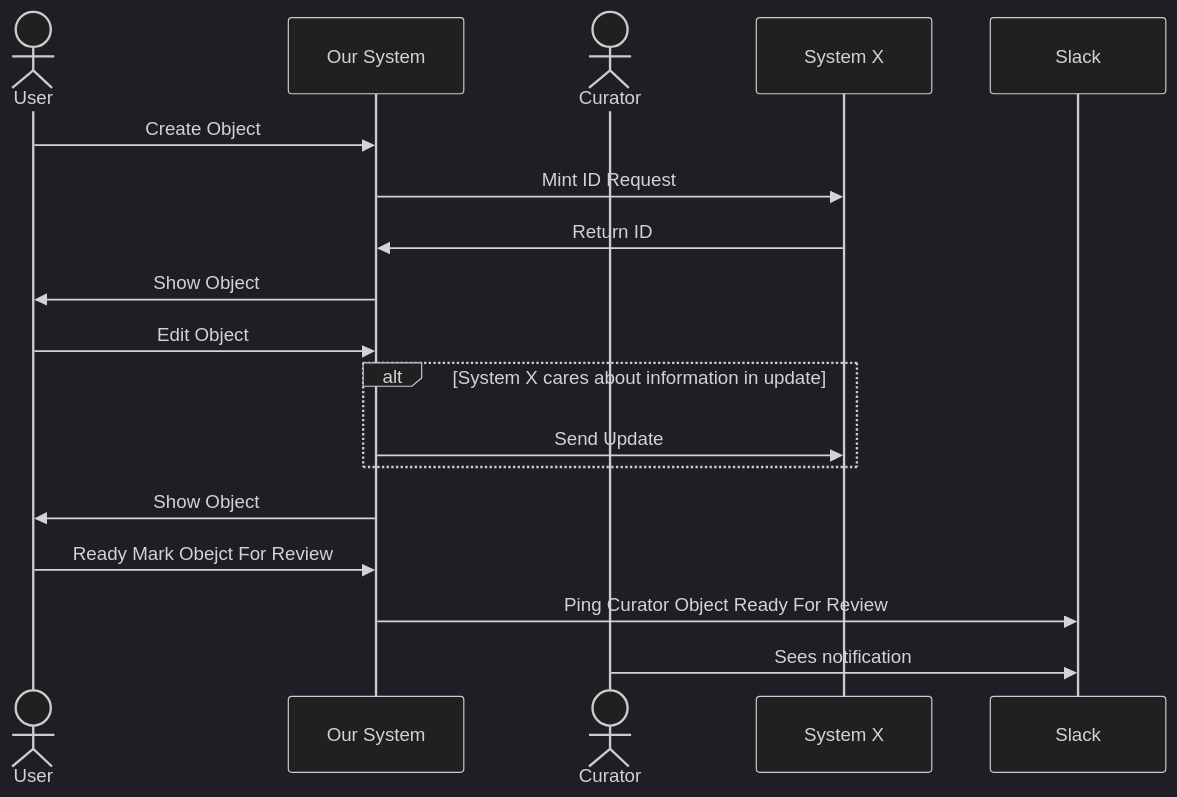
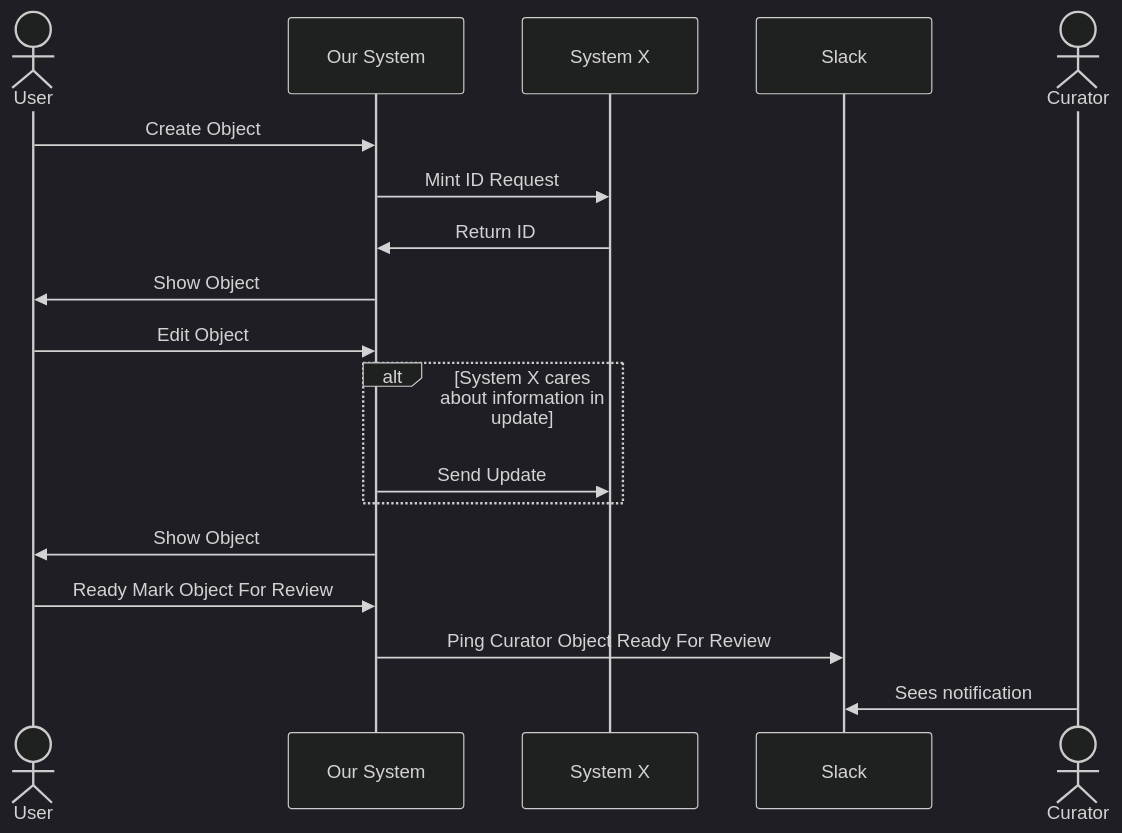
Before and after one commit to carolyncole/i_love_mermaid: the diagram in initial-analysis/flow-diagram-5.md, drawn with Mermaid (dark theme).

Commit message:
Moving around curator

````diff
--- a/initial-analysis/flow-diagram-5.md
+++ b/initial-analysis/flow-diagram-5.md
@@ -1,20 +1,20 @@
 ```mermaid
 sequenceDiagram
 actor User
 participant Our System
-actor Curator
 participant System X
 participant Slack
+actor Curator
 User->>Our System: Create Object
 Our System->>System X: Mint ID Request
 System X->>Our System: Return ID
 Our System->>User: Show Object
 User->>Our System: Edit Object
 alt System X cares about information in update
   Our System->>System X: Send Update
 end
 Our System->>User: Show Object
-User->>Our System: Ready Mark Obejct For Review
+User->>Our System: Ready Mark Object For Review
 Our System->>Slack: Ping Curator Object Ready For Review
 Curator->>Slack: Sees notification
 ```
````
